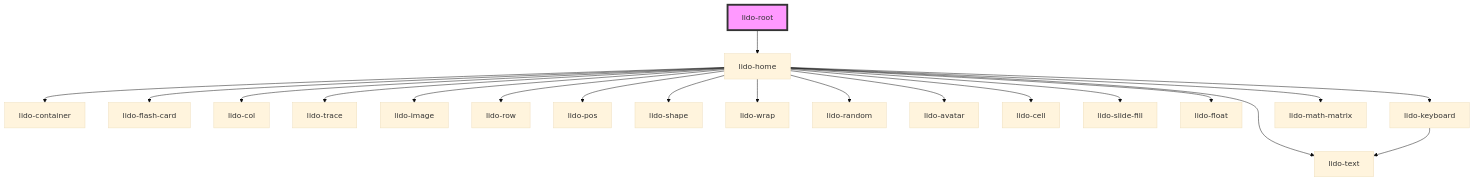
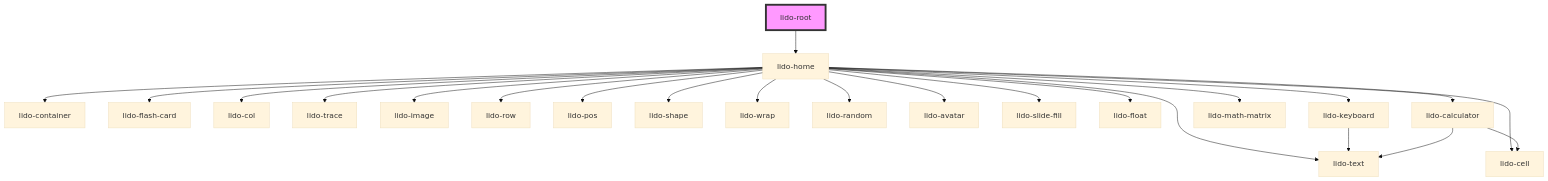
The diagram in src/components/root/readme.md (chimple/lido-player), drawn with Mermaid (base theme) before and after one commit. The commit also changed 9 other files, not shown here.

````diff
--- a/src/components/root/readme.md
+++ b/src/components/root/readme.md
@@ -30,23 +30,26 @@
 ```mermaid
 graph TD;
   lido-root --> lido-home
   lido-home --> lido-container
   lido-home --> lido-flash-card
   lido-home --> lido-col
   lido-home --> lido-trace
   lido-home --> lido-image
   lido-home --> lido-row
   lido-home --> lido-text
   lido-home --> lido-pos
   lido-home --> lido-shape
   lido-home --> lido-wrap
   lido-home --> lido-random
   lido-home --> lido-avatar
   lido-home --> lido-cell
   lido-home --> lido-slide-fill
   lido-home --> lido-float
   lido-home --> lido-keyboard
   lido-home --> lido-math-matrix
+  lido-home --> lido-calculator
   lido-keyboard --> lido-text
+  lido-calculator --> lido-cell
+  lido-calculator --> lido-text
   style lido-root fill:#f9f,stroke:#333,stroke-width:4px
 ```
````
